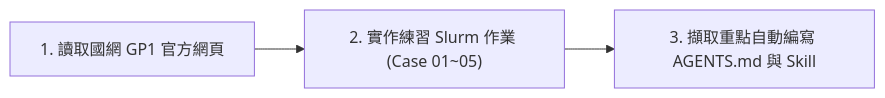
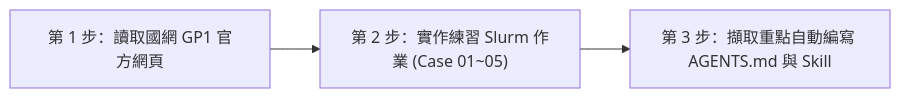
The diagram in 03-basic-slurm-and-qc/README.md (gemini960114/nano4-ngs-slurm-skill), drawn with Mermaid before and after one commit. The commit also changed other lines of this file and 3 other files, not shown here.

````diff
--- a/03-basic-slurm-and-qc/README.md
+++ b/03-basic-slurm-and-qc/README.md
@@ -10,5 +11,5 @@
 ```mermaid
 flowchart LR
-    S1["1. 讀取國網 GP1 官方網頁"] --> S2["2. 實作練習 Slurm 作業 (Case 01~05)"]
-    S2 --> S3["3. 擷取重點自動編寫 AGENTS.md 與 Skill"]
+    S1["第 1 步：讀取國網 GP1 官方網頁"] --> S2["第 2 步：實作練習 Slurm 作業 (Case 01~05)"]
+    S2 --> S3["第 3 步：擷取重點自動編寫 AGENTS.md 與 Skill"]
 ```
````
